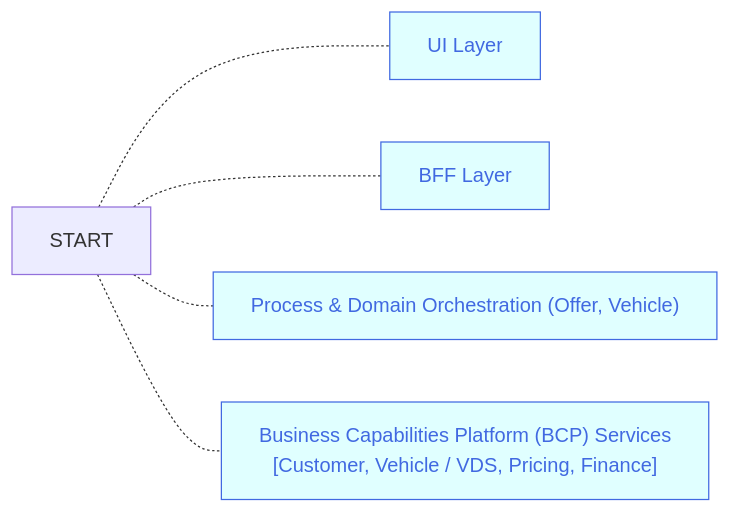
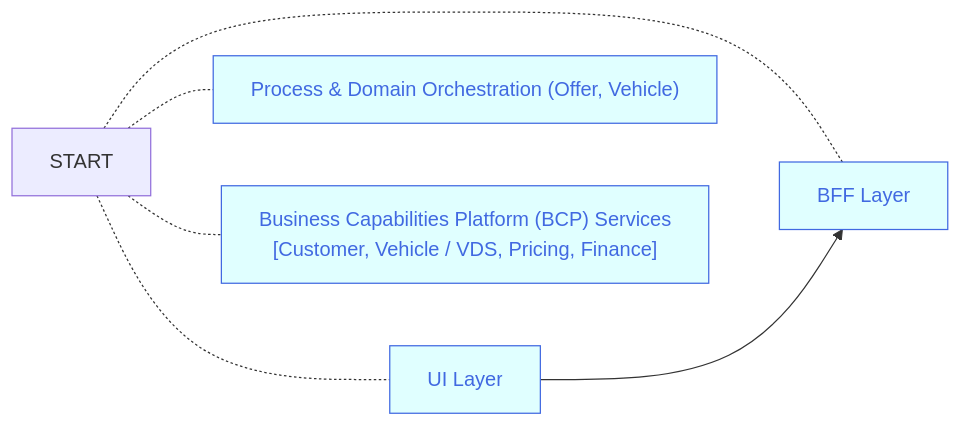
One commit to joe-dorward/samples changed the first of 2 diagrams in buttons_mermaid_v4.md. Above: the diagram before and after it, drawn with Mermaid.

````diff
--- a/buttons_mermaid_v4.md
+++ b/buttons_mermaid_v4.md
@@ -1,38 +1,40 @@
 ```mermaid
   %%{
     init: {
       "flowchart": { "markdownAutoWrap":"false", "textWrap":"false", "wrappingWidth": "100%" }
     }
   }%%
   flowchart LR
 
   classDef Button fill:lightcyan, stroke:royalblue, color:royalblue;
   classDef Note fill:transparent, stroke-width:0px
   %% ---------- ---------- ---------- ---------- ---------- ---------- ---------- ---------- ---------- ----------
   START[START]
 
     BUTTON_01["UI Layer"]:::Button
     click BUTTON_01 "https://en.wikipedia.org/wiki/Main_Page" _blank
 
     BUTTON_02["BFF Layer"]:::Button
     click BUTTON_02 "https://en.wikipedia.org/wiki/Main_Page" _blank
 
     BUTTON_03["Process & Domain Orchestration (Offer, Vehicle)"]:::Button
     click BUTTON_03 "https://en.wikipedia.org/wiki/Main_Page" _blank
 
     BUTTON_04["Business Capabilities Platform (BCP) Services<br/>[Customer, Vehicle / VDS, Pricing, Finance]"]:::Button
     click BUTTON_04 "https://en.wikipedia.org/wiki/Main_Page" _blank
 
   START-.-
   BUTTON_01
 
   START-.-
   BUTTON_02
 
   START-.-
   BUTTON_03
 
   START-.-
   BUTTON_04
 
+BUTTON_01-->BUTTON_02
+
 ```
````
